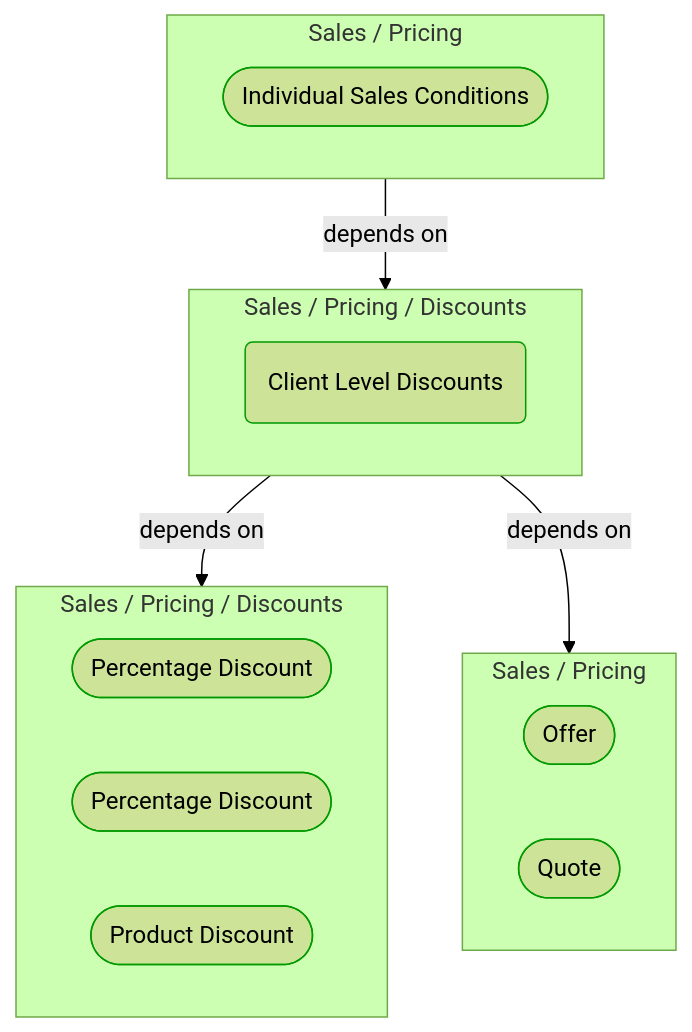
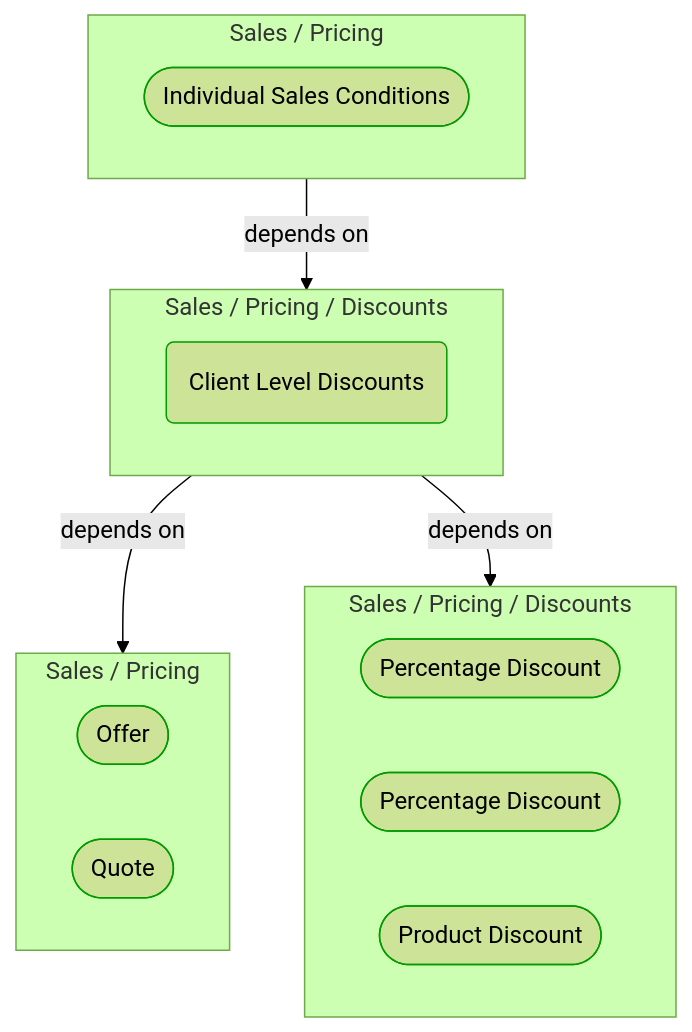
One commit to itlibrium/DDD-starter-dotnet changed the diagram in Docs/P3/MermaidOutput/Domain/Concepts/Sales/Pricing/Discounts/ClientLevelDiscounts.md. Above: the diagram before and after it, drawn with Mermaid (forest theme). The commit also changed 51 other files, not shown here.

````diff
--- a/Docs/P3/MermaidOutput/Domain/Concepts/Sales/Pricing/Discounts/ClientLevelDiscounts.md
+++ b/Docs/P3/MermaidOutput/Domain/Concepts/Sales/Pricing/Discounts/ClientLevelDiscounts.md
@@ -20,31 +20,31 @@
 ```mermaid
   flowchart TB
     subgraph 0["Sales / Pricing"]
       1([Individual Sales Conditions])
       class 1 DomainPerspective
     end
     subgraph 2["Sales / Pricing / Discounts"]
       3(Client Level Discounts)
       class 3 DomainPerspective
     end
-    subgraph 4["Sales / Pricing / Discounts"]
-      5([Percentage Discount])
+    subgraph 4["Sales / Pricing"]
+      5([Offer])
       class 5 DomainPerspective
-      6([Percentage Discount])
+      6([Quote])
       class 6 DomainPerspective
-      7([Product Discount])
-      class 7 DomainPerspective
     end
-    subgraph 8["Sales / Pricing"]
-      9([Offer])
+    subgraph 7["Sales / Pricing / Discounts"]
+      8([Percentage Discount])
+      class 8 DomainPerspective
+      9([Percentage Discount])
       class 9 DomainPerspective
-      10([Quote])
+      10([Product Discount])
       class 10 DomainPerspective
     end
     0-->|depends on|2
     2-->|depends on|4
-    2-->|depends on|8
+    2-->|depends on|7
     classDef DomainPerspective stroke:#009900
     classDef TechnologyPerspective stroke:#1F41EB
     classDef PeoplePerspective stroke:#FFF014
 ```
````
